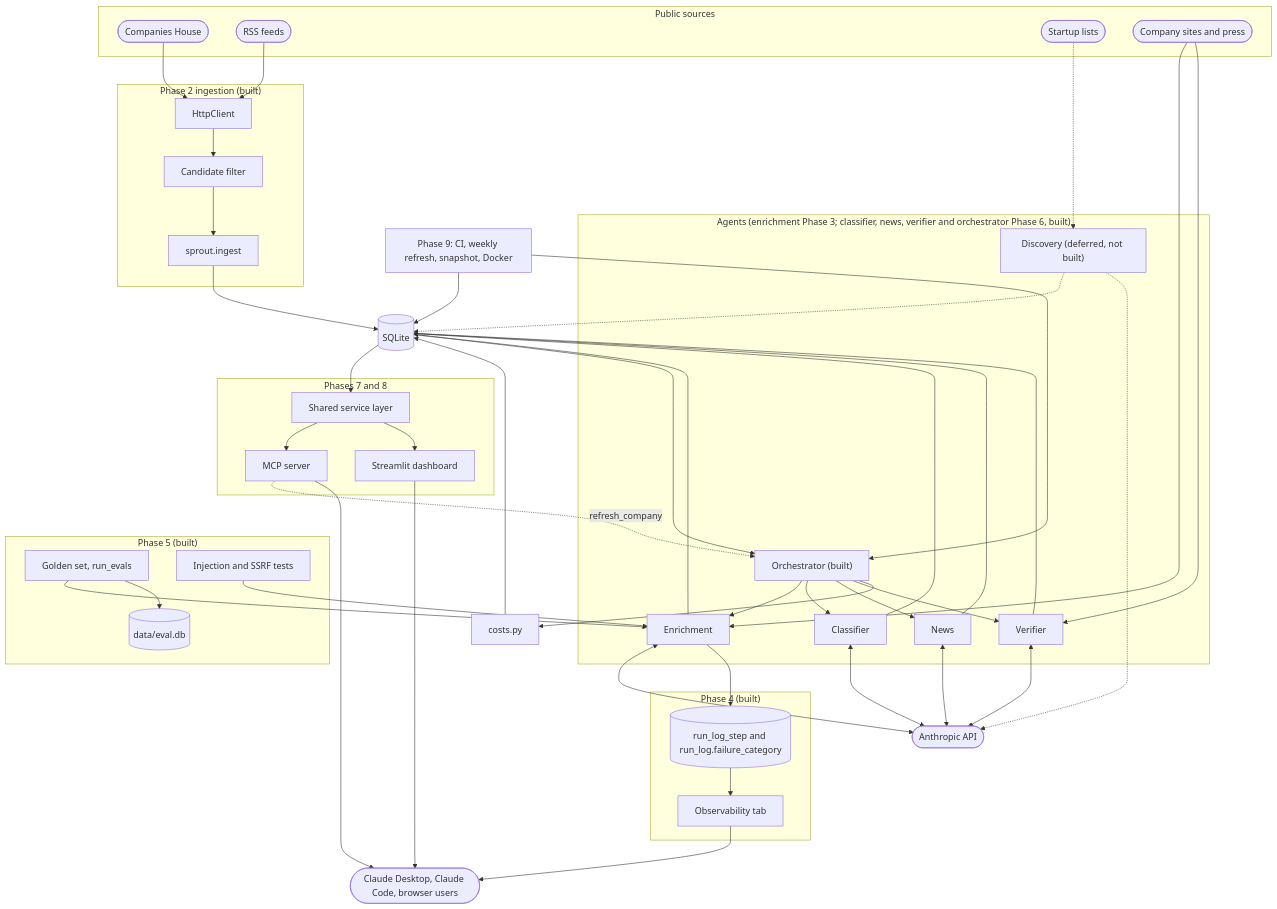
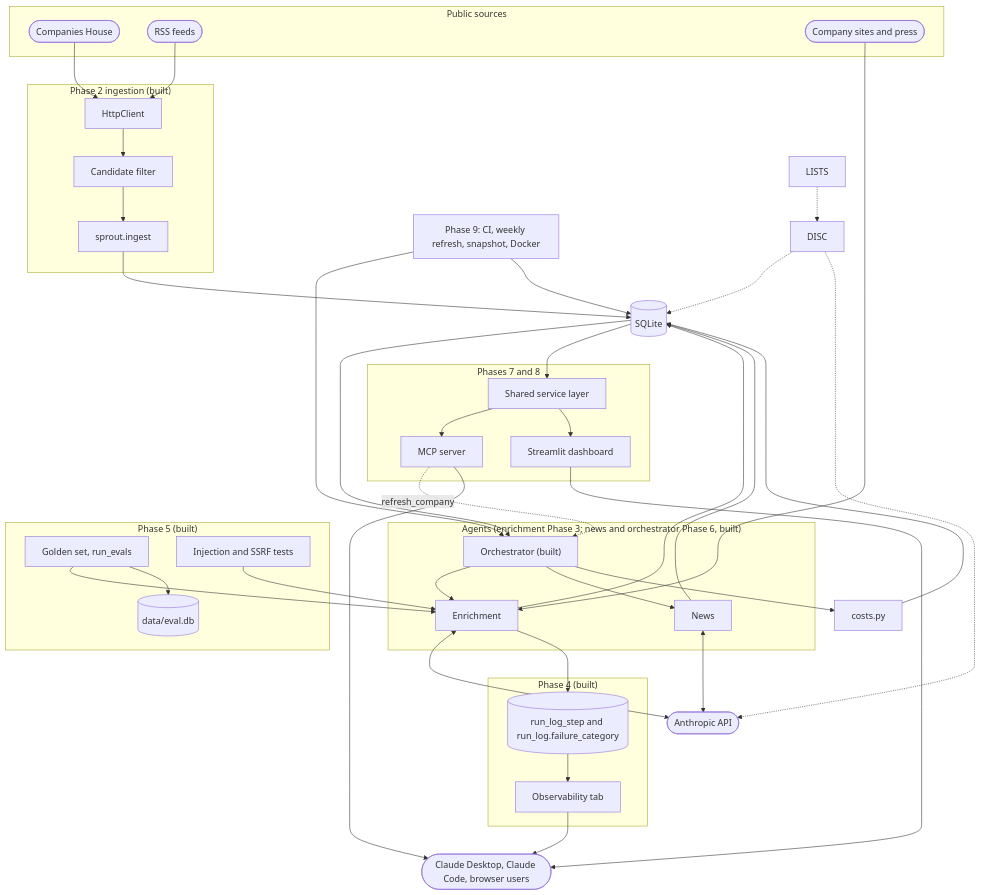
One commit to Farzaanee/sprout changed the second of 2 diagrams in docs/architecture/1. overview.md. Above: the diagram before and after it, drawn with Mermaid. The commit also changed other lines of this file and 38 other files, not shown here.

Commit message:
remove classifier agent for categories and verifier agents for funding claims

````diff
--- a/docs/architecture/1. overview.md
+++ b/docs/architecture/1. overview.md
@@ -94,80 +94,69 @@
 ```mermaid
 flowchart TB
     subgraph SOURCES["Public sources"]
         CH(["Companies House"])
         RSSF(["RSS feeds"])
-        LISTS(["Startup lists"])
         SITES(["Company sites and press"])
     end
     subgraph ING["Phase 2 ingestion (built)"]
         HTTPL["HttpClient"]
         CAND["Candidate filter"]
         INGEST["sprout.ingest"]
     end
     SQL[("SQLite")]
-    subgraph PIPE["Agents (enrichment Phase 3; classifier, news, verifier and orchestrator Phase 6, built)"]
+    subgraph PIPE["Agents (enrichment Phase 3; news and orchestrator Phase 6, built)"]
         ORCH["Orchestrator (built)"]
         ENR["Enrichment"]
-        CLS["Classifier"]
         NEWS["News"]
-        VER["Verifier"]
-        DISC["Discovery (deferred, not built)"]
     end
     LLM(["Anthropic API"])
     COST["costs.py"]
     subgraph SERVE["Phases 7 and 8"]
         SVC["Shared service layer"]
         MCP["MCP server"]
         DASH["Streamlit dashboard"]
     end
     subgraph QA["Phase 5 (built)"]
         EVALS["Golden set, run_evals"]
         EDB[("data/eval.db")]
         GUARDS["Injection and SSRF tests"]
     end
     subgraph OBSG["Phase 4 (built)"]
         STEPS[("run_log_step and run_log.failure_category")]
         OBSUI["Observability tab"]
     end
     CLIENTS(["Claude Desktop, Claude Code, browser users"])
     AUTO["Phase 9: CI, weekly refresh, snapshot, Docker"]
     CH --> HTTPL
     RSSF --> HTTPL
     HTTPL --> CAND
     CAND --> INGEST
     INGEST --> SQL
     SQL --> ORCH
     ORCH --> ENR
-    ORCH --> CLS
     ORCH --> NEWS
-    ORCH --> VER
     DISC -.-> SQL
     LISTS -.-> DISC
     SITES --> ENR
-    SITES --> VER
     ENR <--> LLM
-    CLS <--> LLM
     NEWS <--> LLM
-    VER <--> LLM
     DISC -.-> LLM
     ENR --> SQL
-    CLS --> SQL
     NEWS --> SQL
-    VER --> SQL
     ORCH --> COST
     COST --> SQL
     SQL --> SVC
     SVC --> MCP
     SVC --> DASH
     MCP -. "refresh_company" .-> ORCH
     MCP --> CLIENTS
     DASH --> CLIENTS
     ENR --> STEPS
     STEPS --> OBSUI
     OBSUI --> CLIENTS
     EVALS --> ENR
     EVALS --> EDB
     GUARDS --> ENR
     AUTO --> ORCH
     AUTO --> SQL
 ```
````
